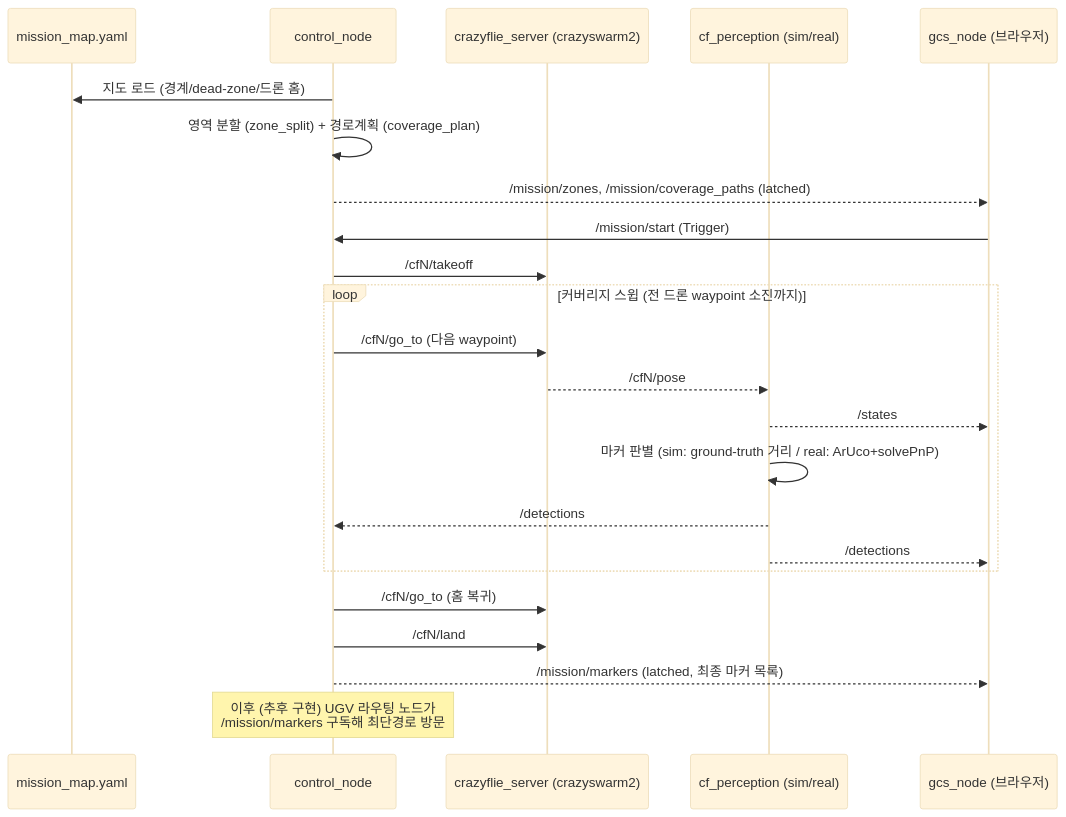
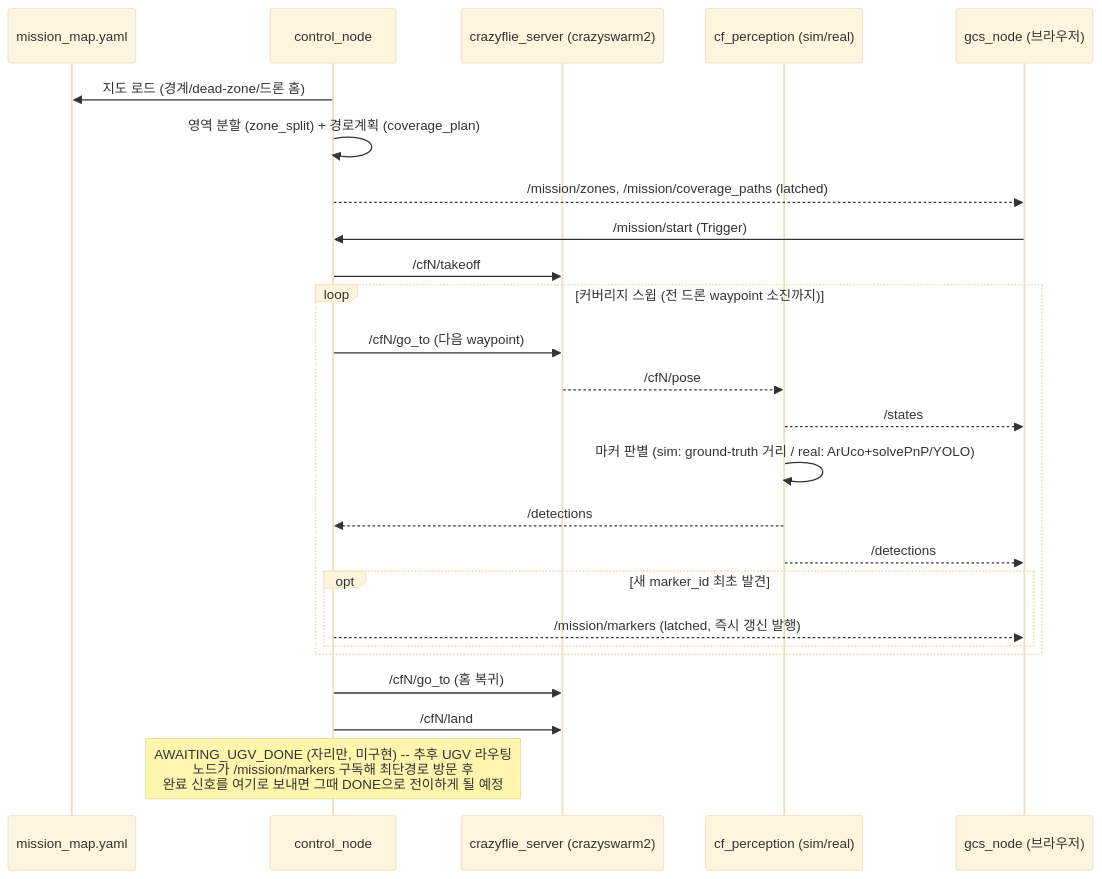
The fourth of 4 diagrams in README.md (sungho2574/uav-ugv-cooperation2), drawn with Mermaid (base theme) before and after one commit. The commit also changed other lines of this file and 7 other files, not shown here.

````diff
--- a/README.md
+++ b/README.md
@@ -310,26 +304,28 @@
 ```mermaid
 sequenceDiagram
     participant Map as mission_map.yaml
     participant Ctrl as control_node
     participant CFS as crazyflie_server (crazyswarm2)
     participant Perc as cf_perception (sim/real)
     participant Gcs as gcs_node (브라우저)
 
     Ctrl->>Map: 지도 로드 (경계/dead-zone/드론 홈)
     Ctrl->>Ctrl: 영역 분할 (zone_split) + 경로계획 (coverage_plan)
     Ctrl-->>Gcs: /mission/zones, /mission/coverage_paths (latched)
     Gcs->>Ctrl: /mission/start (Trigger)
     Ctrl->>CFS: /cfN/takeoff
     loop 커버리지 스윕 (전 드론 waypoint 소진까지)
         Ctrl->>CFS: /cfN/go_to (다음 waypoint)
         CFS-->>Perc: /cfN/pose
         Perc-->>Gcs: /states
-        Perc->>Perc: 마커 판별 (sim: ground-truth 거리 / real: ArUco+solvePnP)
+        Perc->>Perc: 마커 판별 (sim: ground-truth 거리 / real: ArUco+solvePnP/YOLO)
         Perc-->>Ctrl: /detections
         Perc-->>Gcs: /detections
+        opt 새 marker_id 최초 발견
+            Ctrl-->>Gcs: /mission/markers (latched, 즉시 갱신 발행)
+        end
     end
     Ctrl->>CFS: /cfN/go_to (홈 복귀)
     Ctrl->>CFS: /cfN/land
-    Ctrl-->>Gcs: /mission/markers (latched, 최종 마커 목록)
-    Note over Ctrl: 이후 (추후 구현) UGV 라우팅 노드가<br/>/mission/markers 구독해 최단경로 방문
+    Note over Ctrl: AWAITING_UGV_DONE (자리만, 미구현) -- 추후 UGV 라우팅<br/>노드가 /mission/markers 구독해 최단경로 방문 후<br/>완료 신호를 여기로 보내면 그때 DONE으로 전이하게 될 예정
 ```
````
